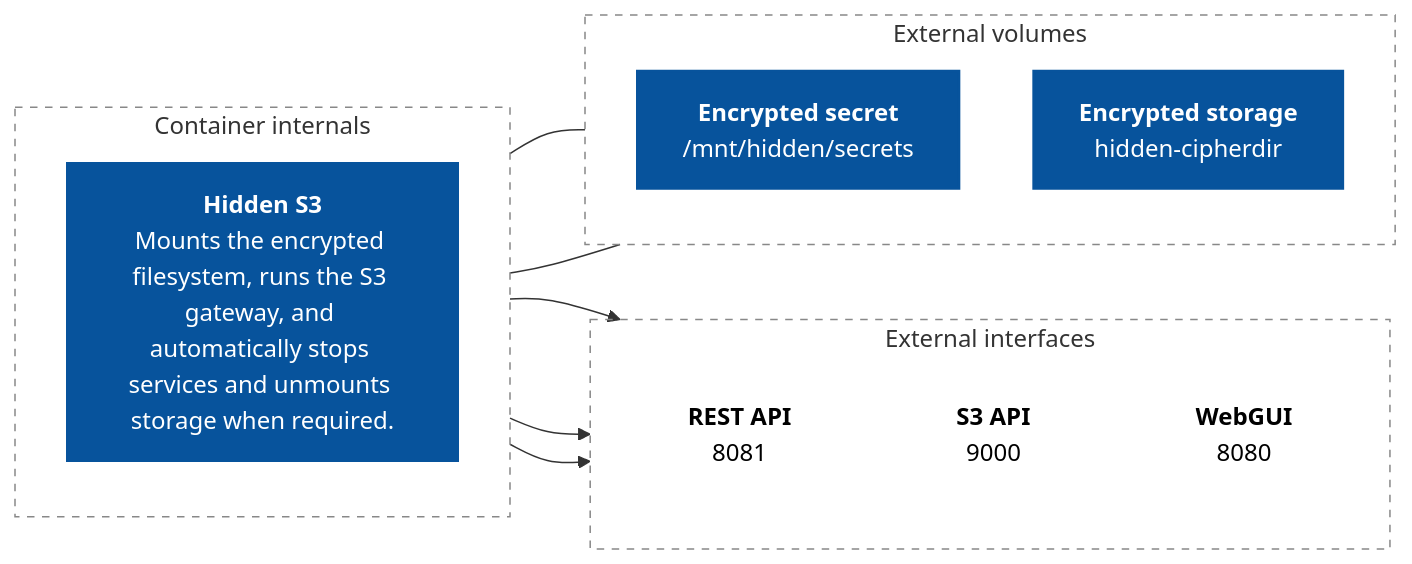
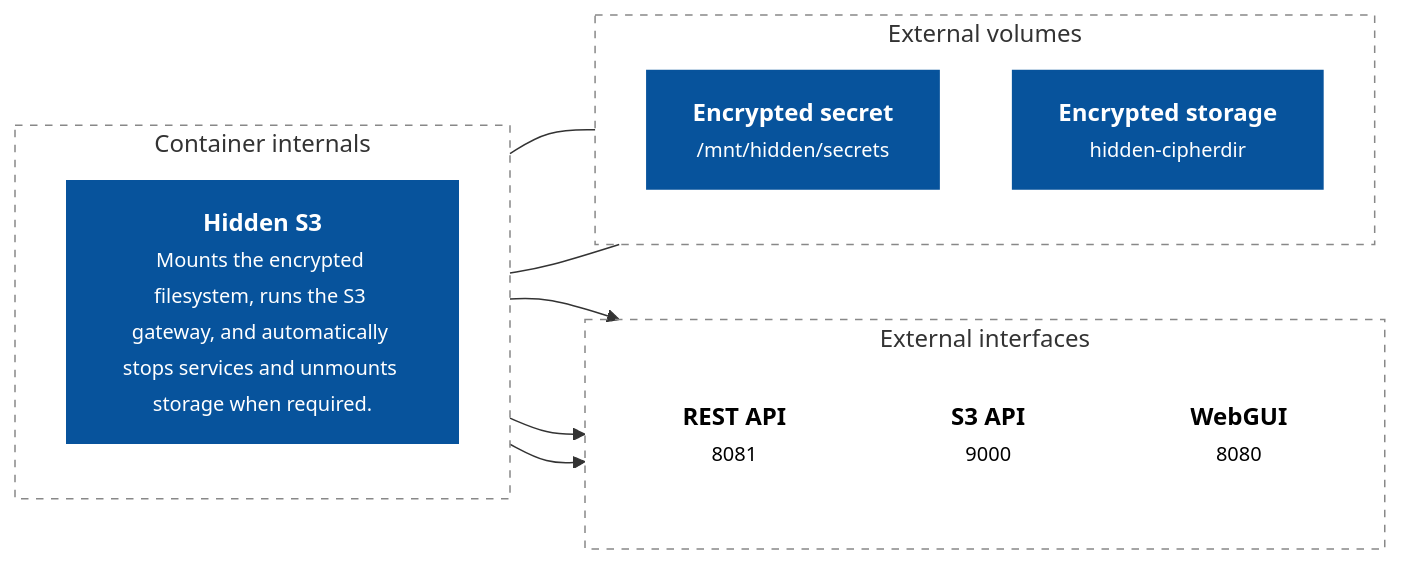
The diagram in README.md (artabramov/hidden), drawn with Mermaid before and after one commit.

Commit message:
Fixed Mermaid schema

````diff
--- a/README.md
+++ b/README.md
@@ -88,37 +88,37 @@
 ```mermaid
 flowchart LR
     subgraph EXT["External interfaces"]
         direction TB
-        REST["<b>REST API</b><br/>8081"]
-        S3["<b>S3 API</b><br/>9000"]
-        GUI["<b>WebGUI</b><br/>8080"]
+        REST["<b>REST API</b><br/><small>8081</small>"]
+        S3["<b>S3 API</b><br/><small>9000</small>"]
+        GUI["<b>WebGUI</b><br/><small>8080</small>"]
     end
 
     subgraph INT["Container internals"]
         direction TB
-        H["<b>Hidden S3</b><br/>Mounts the encrypted filesystem, runs the S3 gateway, and automatically stops services and unmounts storage when required."]
+        H["<b>Hidden S3</b><br/><small>Mounts the encrypted filesystem, runs the S3 gateway, and automatically stops services and unmounts storage when required.</small>"]
     end
 
     subgraph VOL["External volumes"]
         direction TB
-        SECRET["<b>Encrypted secret</b><br/>/mnt/hidden/secrets"]
-        STORAGE["<b>Encrypted storage</b></br>hidden-cipherdir"]
+        SECRET["<b>Encrypted secret</b><br/><small>/mnt/hidden/secrets</small>"]
+        STORAGE["<b>Encrypted storage</b></br><small>hidden-cipherdir</small>"]
     end
 
     H --> REST
     H --> S3
     H --> GUI
 
     H --- SECRET
     H --- STORAGE
 
     classDef blue fill:#07539c,color:#fff,stroke:#07539c,stroke-width:2px;
     classDef interface fill:#fff,color:#000,stroke:none;
 
     class H,SECRET,STORAGE blue;
     class REST,S3,GUI interface;
 
     style EXT fill:none,stroke:#888,stroke-dasharray:5 5
     style INT fill:none,stroke:#888,stroke-dasharray:5 5
     style VOL fill:none,stroke:#888,stroke-dasharray:5 5
 ```
````
